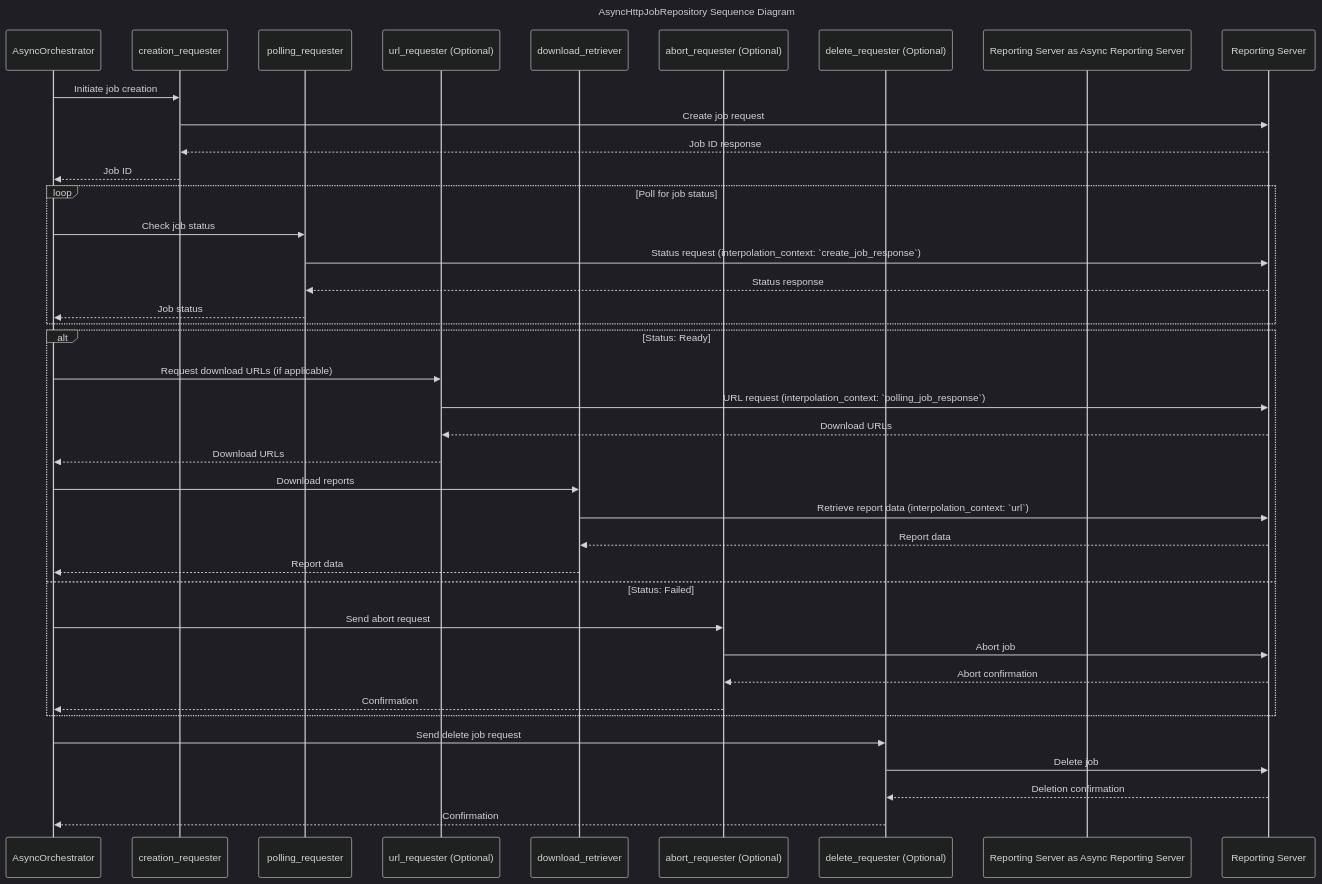
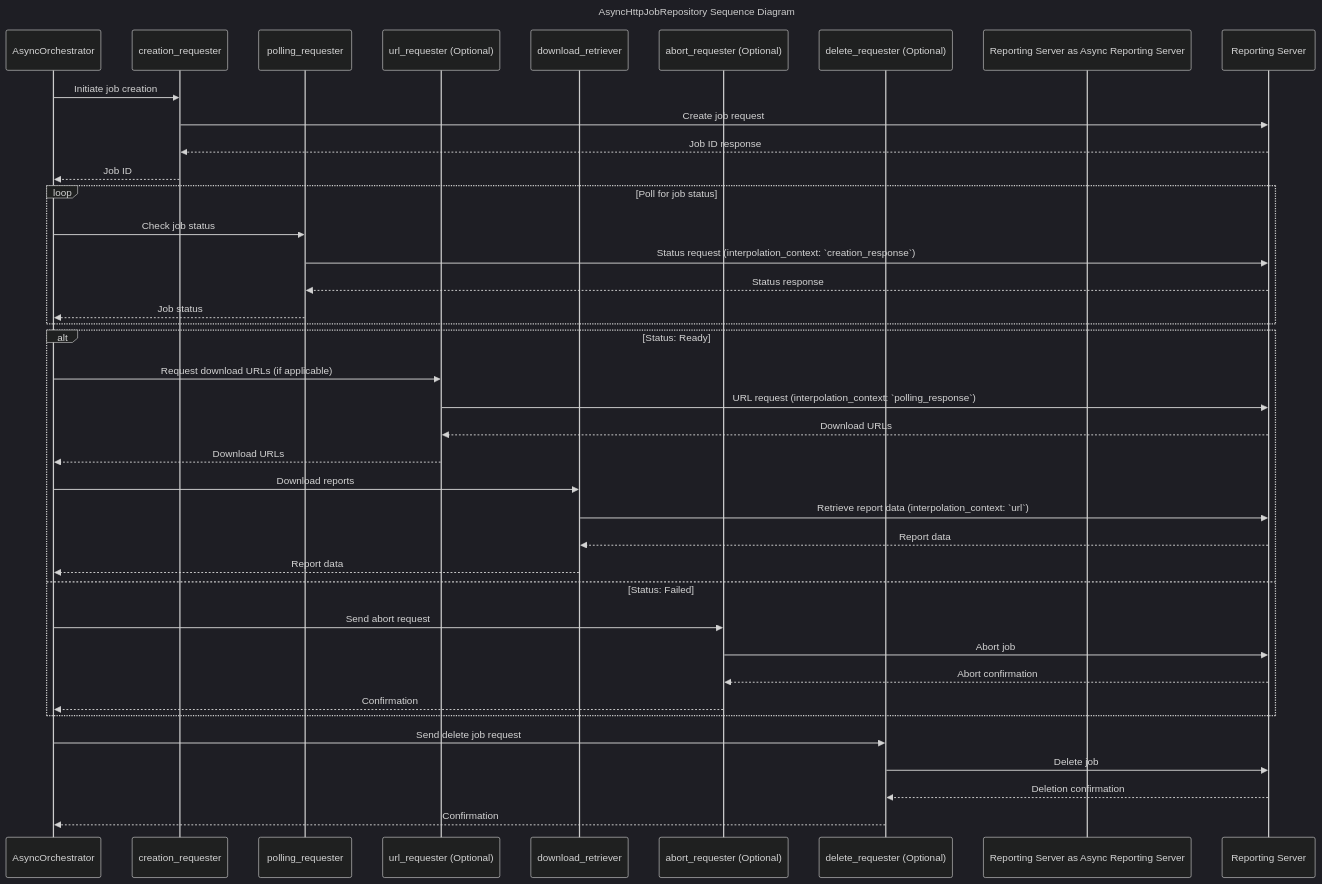
Before and after one commit to airbytehq/airbyte-python-cdk: the diagram in airbyte_cdk/sources/declarative/requesters/README.md, drawn with Mermaid (dark theme). The commit also changed other lines of this file and 4 other files, not shown here.

````diff
--- a/airbyte_cdk/sources/declarative/requesters/README.md
+++ b/airbyte_cdk/sources/declarative/requesters/README.md
@@ -7,50 +7,50 @@
 ```mermaid
 ---
 title: AsyncHttpJobRepository Sequence Diagram
 ---
 sequenceDiagram
     participant AsyncHttpJobRepository as AsyncOrchestrator
     participant CreationRequester as creation_requester
     participant PollingRequester as polling_requester
     participant UrlRequester as url_requester (Optional)
     participant DownloadRetriever as download_retriever
     participant AbortRequester as abort_requester (Optional)
     participant DeleteRequester as delete_requester (Optional)
     participant Reporting Server as Async Reporting Server
 
     AsyncHttpJobRepository ->> CreationRequester: Initiate job creation
     CreationRequester ->> Reporting Server: Create job request
     Reporting Server -->> CreationRequester: Job ID response
     CreationRequester -->> AsyncHttpJobRepository: Job ID
 
     loop Poll for job status
         AsyncHttpJobRepository ->> PollingRequester: Check job status
-        PollingRequester ->> Reporting Server: Status request (interpolation_context: `create_job_response`)
+        PollingRequester ->> Reporting Server: Status request (interpolation_context: `creation_response`)
         Reporting Server -->> PollingRequester: Status response
         PollingRequester -->> AsyncHttpJobRepository: Job status
     end
 
     alt Status: Ready
         AsyncHttpJobRepository ->> UrlRequester: Request download URLs (if applicable)
-        UrlRequester ->> Reporting Server: URL request (interpolation_context: `polling_job_response`)
+        UrlRequester ->> Reporting Server: URL request (interpolation_context: `polling_response`)
         Reporting Server -->> UrlRequester: Download URLs
         UrlRequester -->> AsyncHttpJobRepository: Download URLs
 
         AsyncHttpJobRepository ->> DownloadRetriever: Download reports
         DownloadRetriever ->> Reporting Server: Retrieve report data (interpolation_context: `url`)
         Reporting Server -->> DownloadRetriever: Report data
         DownloadRetriever -->> AsyncHttpJobRepository: Report data
     else Status: Failed
         AsyncHttpJobRepository ->> AbortRequester: Send abort request
         AbortRequester ->> Reporting Server: Abort job
         Reporting Server -->> AbortRequester: Abort confirmation
         AbortRequester -->> AsyncHttpJobRepository: Confirmation
     end
 
     AsyncHttpJobRepository ->> DeleteRequester: Send delete job request
     DeleteRequester ->> Reporting Server: Delete job
     Reporting Server -->> DeleteRequester: Deletion confirmation
     DeleteRequester -->> AsyncHttpJobRepository: Confirmation
 
 
 ```
````
